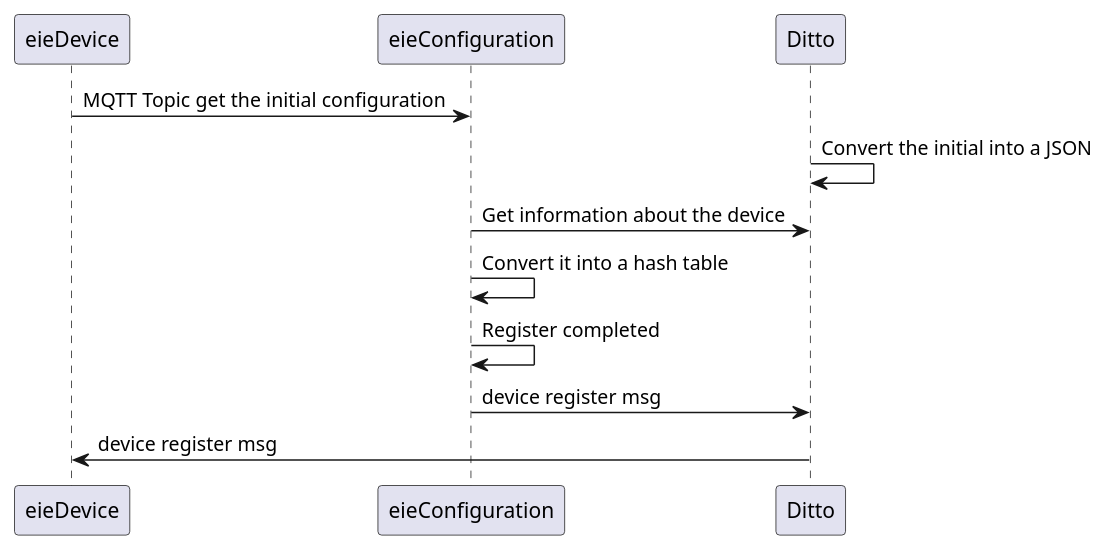
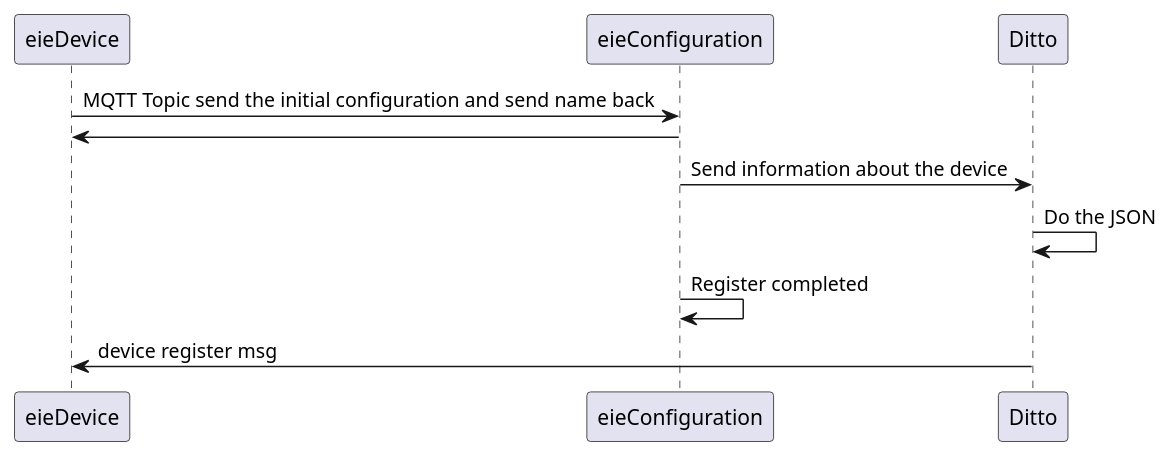
Before and after one commit to oscarfc164/ie0417-dev: the third of 3 diagrams in docs/source/labs/proyecto/documentacion/proyecto.rst, drawn with PlantUML. The commit also changed other lines of this file, not shown here.

Commit message:
Some changes to the UML

```diff
--- a/docs/source/labs/proyecto/documentacion/proyecto.rst
+++ b/docs/source/labs/proyecto/documentacion/proyecto.rst
@@ -138,11 +138,10 @@
 .. uml::
 
   @startuml
-  eieDevice-> eieConfiguration: MQTT Topic get the initial configuration
-  Ditto->Ditto: Convert the initial into a JSON
-  eieConfiguration->Ditto: Get information about the device
-  eieConfiguration->eieConfiguration: Convert it into a hash table
+  eieDevice-> eieConfiguration: MQTT Topic send the initial configuration and send name back
+  eieConfiguration -> eieDevice
+  eieConfiguration->Ditto: Send information about the device
+  Ditto->Ditto: Do the JSON
   eieConfiguration->eieConfiguration: Register completed
-  eieConfiguration->Ditto: device register msg
   Ditto->eieDevice: device register msg
   @enduml
```
